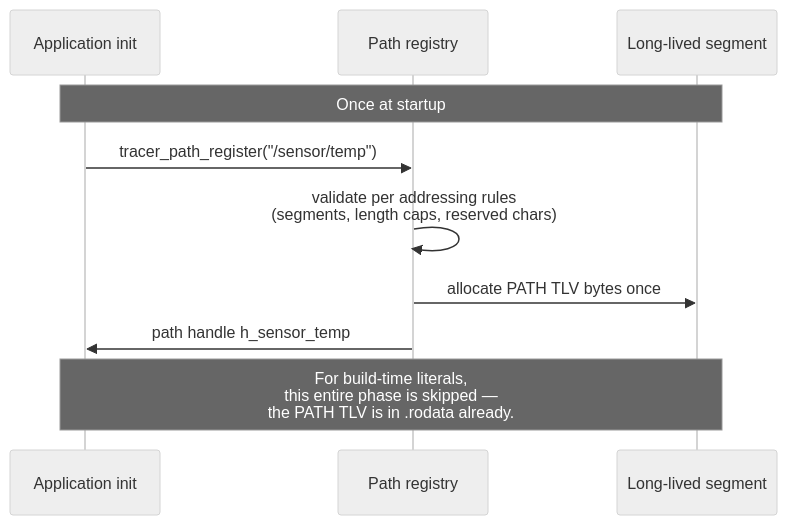
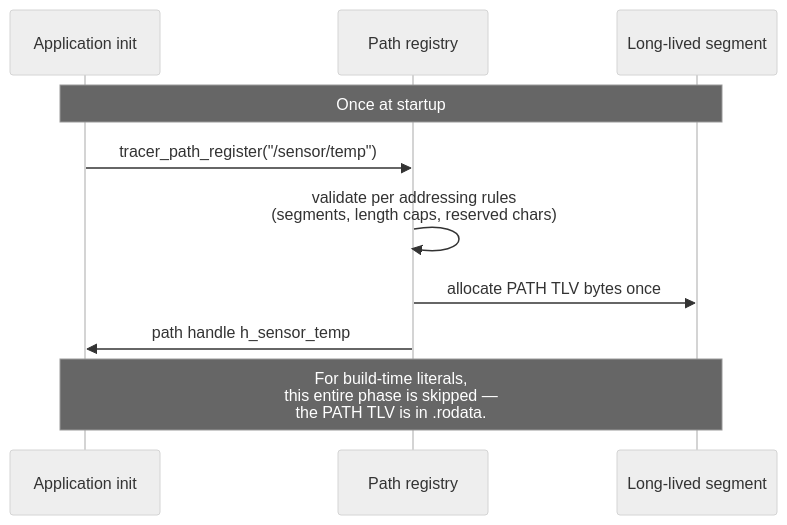
One commit to avatarsd-llc/libtracer changed the fourth of 6 diagrams in docs/reference/04-communication-flows.md. Above: the diagram before and after it, drawn with Mermaid (neutral theme). The commit also changed other lines of this file and 45 other files, not shown here.

````diff
--- a/docs/reference/04-communication-flows.md
+++ b/docs/reference/04-communication-flows.md
@@ -444,14 +493,14 @@
 ```mermaid
 sequenceDiagram
     participant App as Application init
     participant Reg as Path registry
     participant Mem as Long-lived segment
 
     Note over App,Mem: Once at startup
     App->>Reg: tracer_path_register("/sensor/temp")
     Reg->>Reg: validate per addressing rules<br/>(segments, length caps, reserved chars)
     Reg->>Mem: allocate PATH TLV bytes once
     Reg->>App: path handle h_sensor_temp
 
-    Note over App,Mem: For build-time literals,<br/>this entire phase is skipped —<br/>the PATH TLV is in .rodata already.
+    Note over App,Mem: For build-time literals,<br/>this entire phase is skipped —<br/>the PATH TLV is in .rodata.
 ```
````
